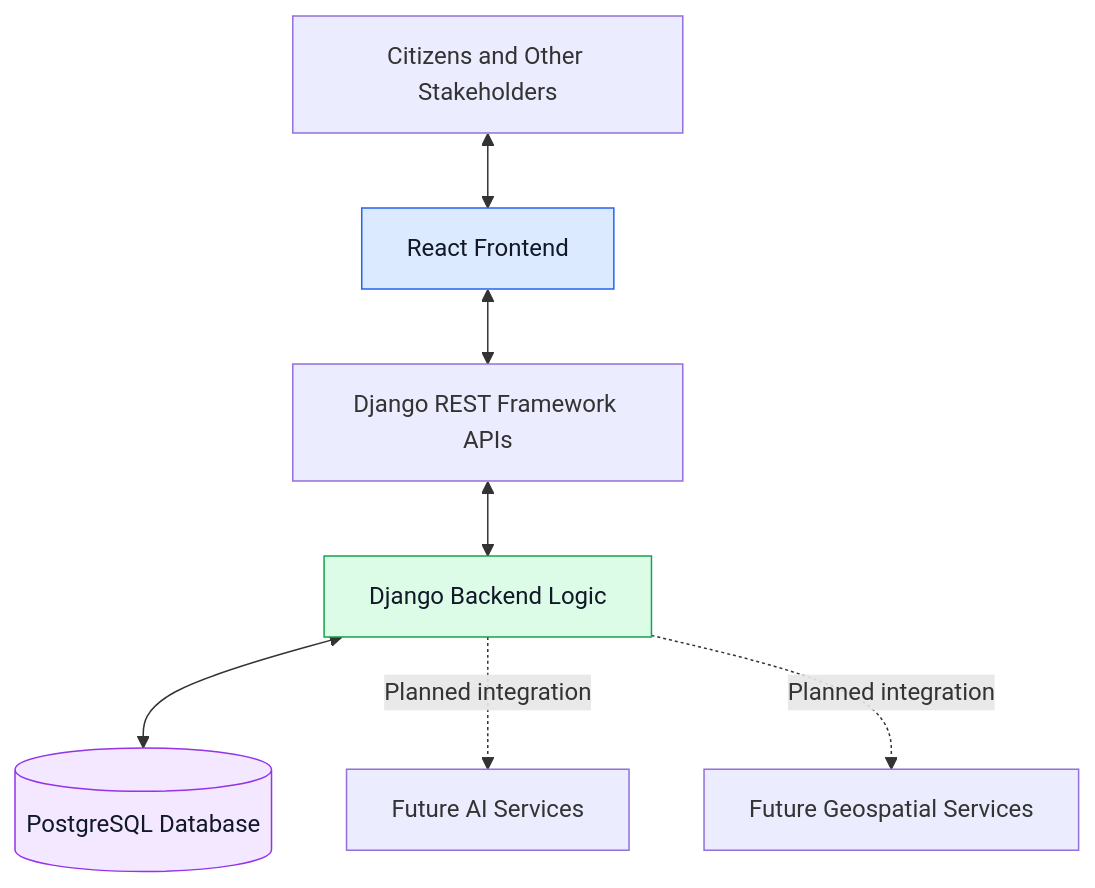
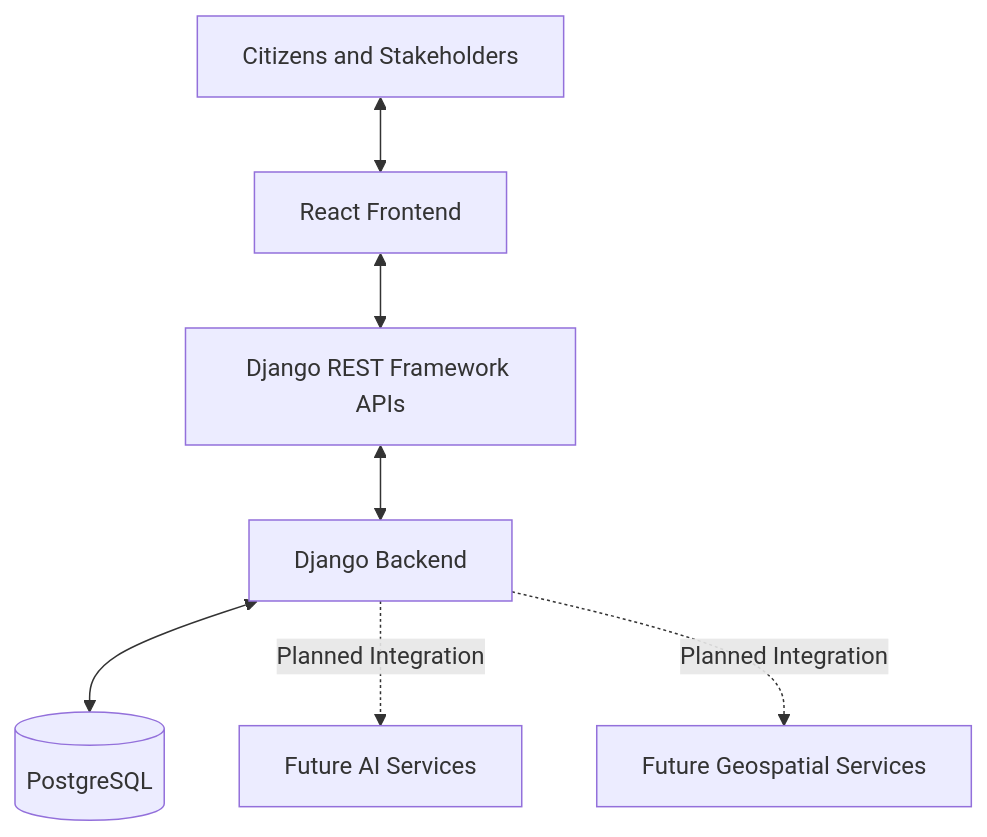
One commit to abhijeet0code/ResolveNet changed the second of 2 diagrams in README.md. Above: the diagram before and after it, drawn with Mermaid. The commit also changed other lines of this file, not shown here.

````diff
--- a/README.md
+++ b/README.md
@@ -119,21 +99,17 @@
 ```mermaid
 flowchart TB
-    U["Citizens and Other Stakeholders"]
+    U["Citizens and Stakeholders"]
     FE["React Frontend"]
     API["Django REST Framework APIs"]
-    BE["Django Backend Logic"]
-    DB[("PostgreSQL Database")]
+    BE["Django Backend"]
+    DB[("PostgreSQL")]
     AI["Future AI Services"]
     GEO["Future Geospatial Services"]
 
     U <--> FE
     FE <--> API
     API <--> BE
     BE <--> DB
-    BE -. "Planned integration" .-> AI
-    BE -. "Planned integration" .-> GEO
-
-    style FE fill:#dbeafe,stroke:#2563eb,color:#111827
-    style BE fill:#dcfce7,stroke:#16a34a,color:#111827
-    style DB fill:#f3e8ff,stroke:#9333ea,color:#111827
+    BE -. "Planned Integration" .-> AI
+    BE -. "Planned Integration" .-> GEO
 ```
````
